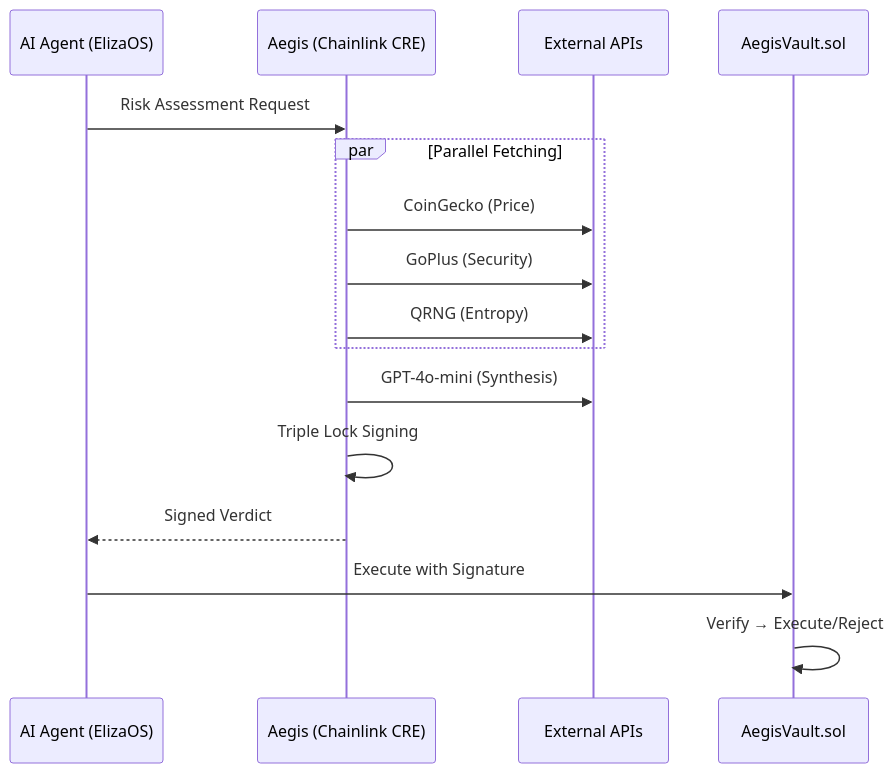
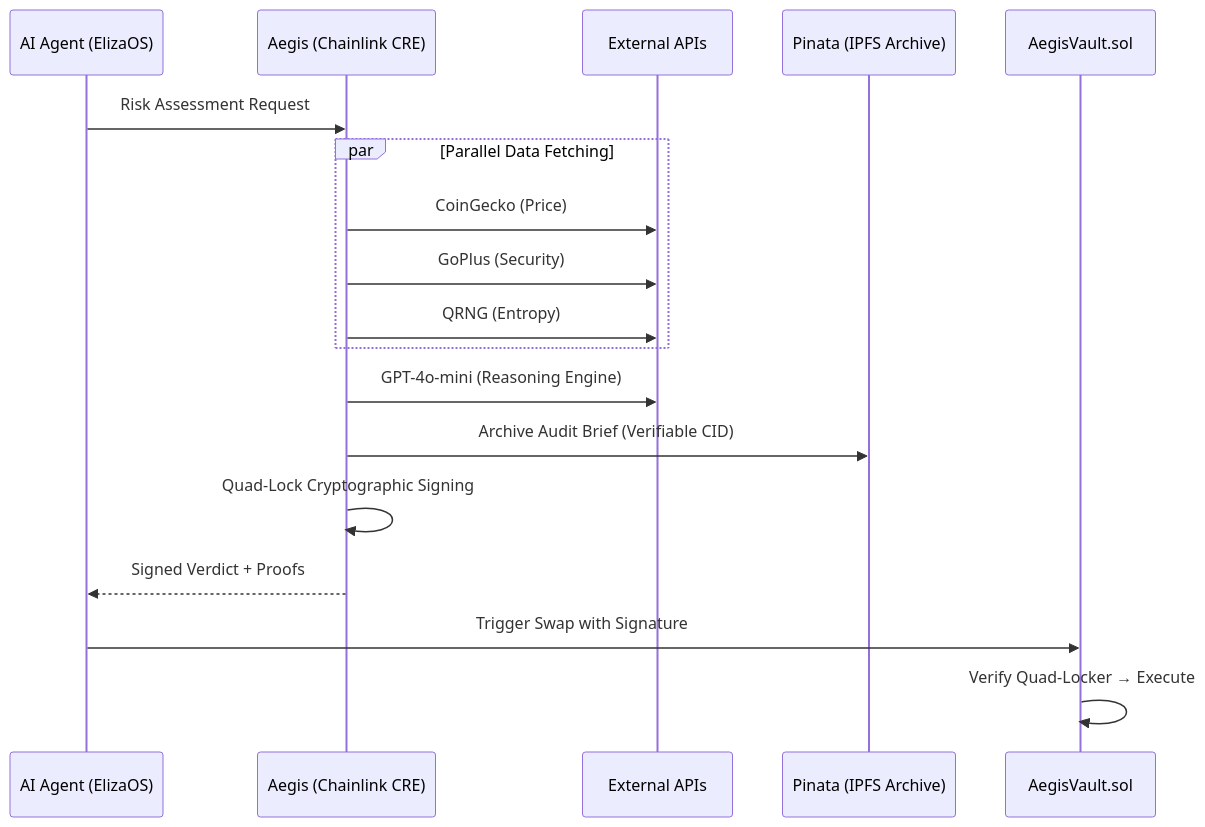
One commit to vjb/aegis-risk-orace changed the first of 2 diagrams in README.md. Above: the diagram before and after it, drawn with Mermaid. The commit also changed other lines of this file, not shown here.

Commit message:
Update README.md with Aegis v2.0 Quad-Lock architecture and Pinata diagrams

````diff
--- a/README.md
+++ b/README.md
@@ -35,21 +35,23 @@
 ```mermaid
 sequenceDiagram
     participant Agent as AI Agent (ElizaOS)
     participant CRE as Aegis (Chainlink CRE)
     participant APIs as External APIs
+    participant IPFS as Pinata (IPFS Archive)
     participant Vault as AegisVault.sol
 
     Agent->>CRE: Risk Assessment Request
     
-    par Parallel Fetching
+    par Parallel Data Fetching
         CRE->>APIs: CoinGecko (Price)
         CRE->>APIs: GoPlus (Security)
         CRE->>APIs: QRNG (Entropy)
     end
     
-    CRE->>APIs: GPT-4o-mini (Synthesis)
-    CRE->>CRE: Triple Lock Signing
-    CRE-->>Agent: Signed Verdict
-    Agent->>Vault: Execute with Signature
-    Vault->>Vault: Verify → Execute/Reject
+    CRE->>APIs: GPT-4o-mini (Reasoning Engine)
+    CRE->>IPFS: Archive Audit Brief (Verifiable CID)
+    CRE->>CRE: Quad-Lock Cryptographic Signing
+    CRE-->>Agent: Signed Verdict + Proofs
+    Agent->>Vault: Trigger Swap with Signature
+    Vault->>Vault: Verify Quad-Locker → Execute
 ```
````
